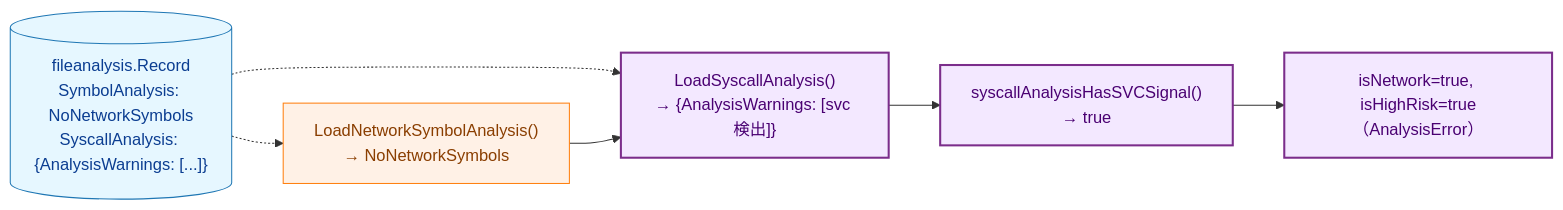
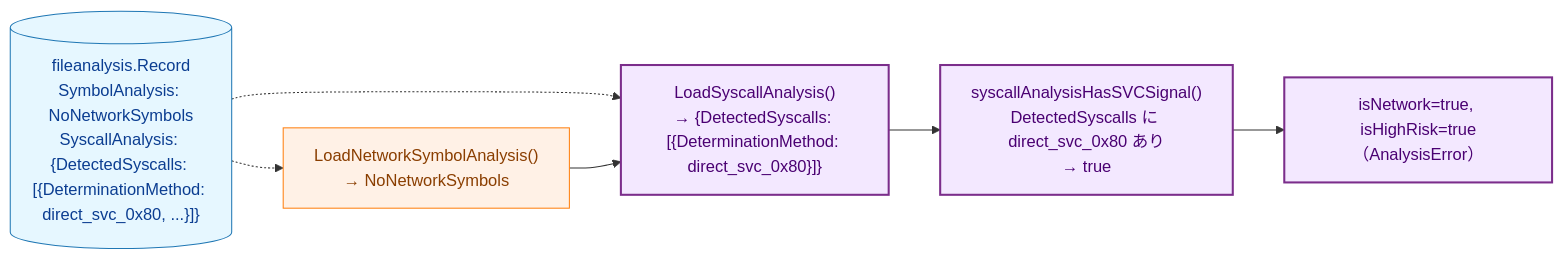
The eighth of 8 diagrams in docs/tasks/0097_macho_arm64_syscall_analysis/02_architecture.md (isseis/go-safe-cmd-runner), drawn with Mermaid before and after one commit. The commit also changed other lines of this file and 2 other files, not shown here.

````diff
--- a/docs/tasks/0097_macho_arm64_syscall_analysis/02_architecture.md
+++ b/docs/tasks/0097_macho_arm64_syscall_analysis/02_architecture.md
@@ -413,22 +414,22 @@
 ```mermaid
 flowchart LR
     classDef data fill:#e6f7ff,stroke:#1f77b4,stroke-width:1px,color:#0b3d91;
     classDef process fill:#fff1e6,stroke:#ff7f0e,stroke-width:1px,color:#8a3e00;
     classDef new fill:#f3e8ff,stroke:#7b2d8b,stroke-width:2px,color:#4a0072;
 
-    STORE[("fileanalysis.Record<br>SymbolAnalysis: NoNetworkSymbols<br>SyscallAnalysis: {AnalysisWarnings: [...]}")]
+    STORE[("fileanalysis.Record<br>SymbolAnalysis: NoNetworkSymbols<br>SyscallAnalysis: {DetectedSyscalls: [{DeterminationMethod: direct_svc_0x80, ...}]}")]
     LOADSYM["LoadNetworkSymbolAnalysis()<br>→ NoNetworkSymbols"]
-    LOADSVC["LoadSyscallAnalysis()<br>→ {AnalysisWarnings: [svc 検出]}"]
-    CHECK["syscallAnalysisHasSVCSignal()<br>→ true"]
+    LOADSVC["LoadSyscallAnalysis()<br>→ {DetectedSyscalls: [{DeterminationMethod: direct_svc_0x80}]}"]
+    CHECK["syscallAnalysisHasSVCSignal()<br>DetectedSyscalls に direct_svc_0x80 あり<br>→ true"]
     RESULT["isNetwork=true, isHighRisk=true<br>（AnalysisError）"]
 
     STORE -.-> LOADSYM
     STORE -.-> LOADSVC
     LOADSYM --> LOADSVC
     LOADSVC --> CHECK
     CHECK --> RESULT
 
     class STORE data;
     class LOADSYM process;
     class LOADSVC,CHECK,RESULT new;
 ```
````
